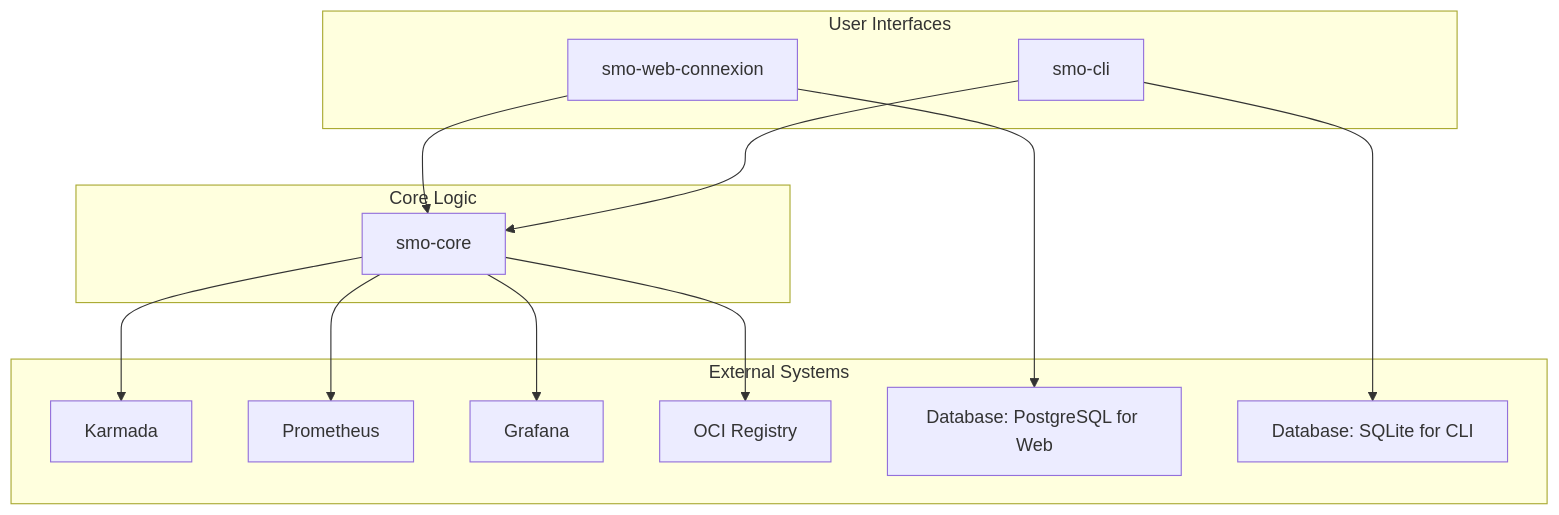
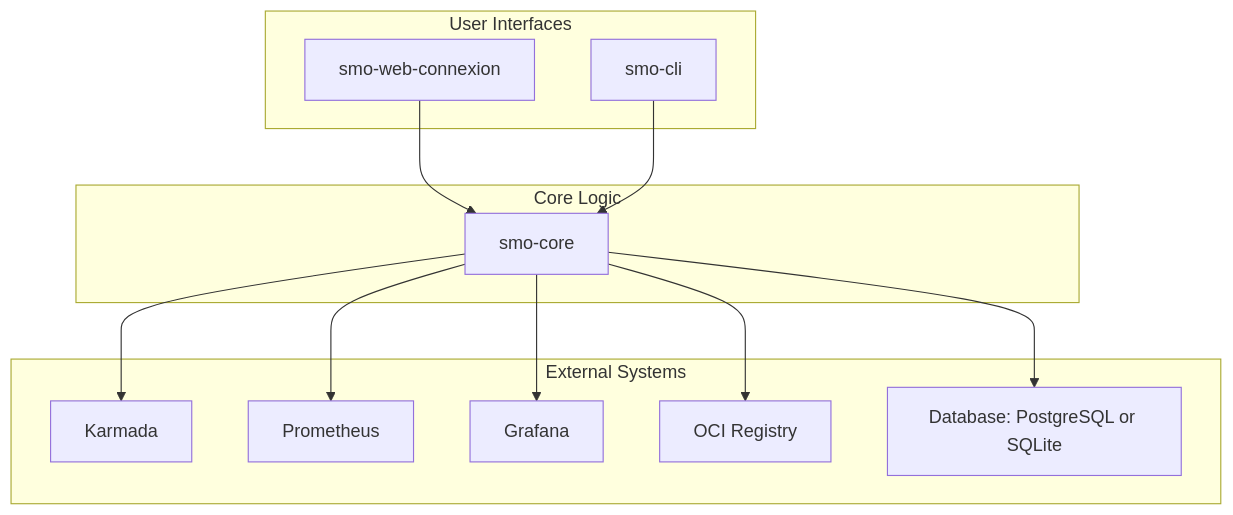
The diagram in README.md (abilian/smo-monorepo), drawn with Mermaid before and after one commit.

Commit message:
doc: better diagram.

````diff
--- a/README.md
+++ b/README.md
@@ -30,31 +30,28 @@
 ```mermaid
 graph TD
     subgraph User Interfaces
         A[smo-web-connexion]
         B[smo-cli]
     end
 
     subgraph Core Logic
         C[smo-core]
     end
 
     subgraph External Systems
         D[Karmada]
         E[Prometheus]
         F[Grafana]
         G[OCI Registry]
-        H[Database: PostgreSQL for Web]
-        I[Database: SQLite for CLI]
+        H[Database: PostgreSQL or SQLite]
     end
 
     A --> C
     B --> C
 
     C --> D
     C --> E
     C --> F
     C --> G
-
-    A --> H
-    B --> I
+    C --> H
 ```
````
